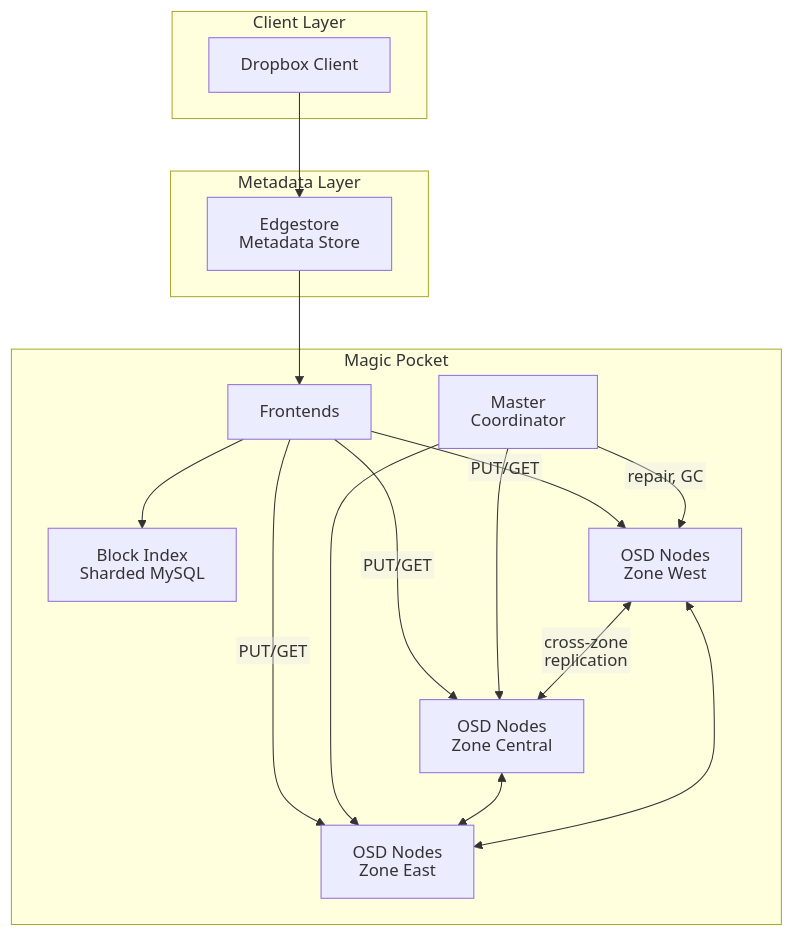
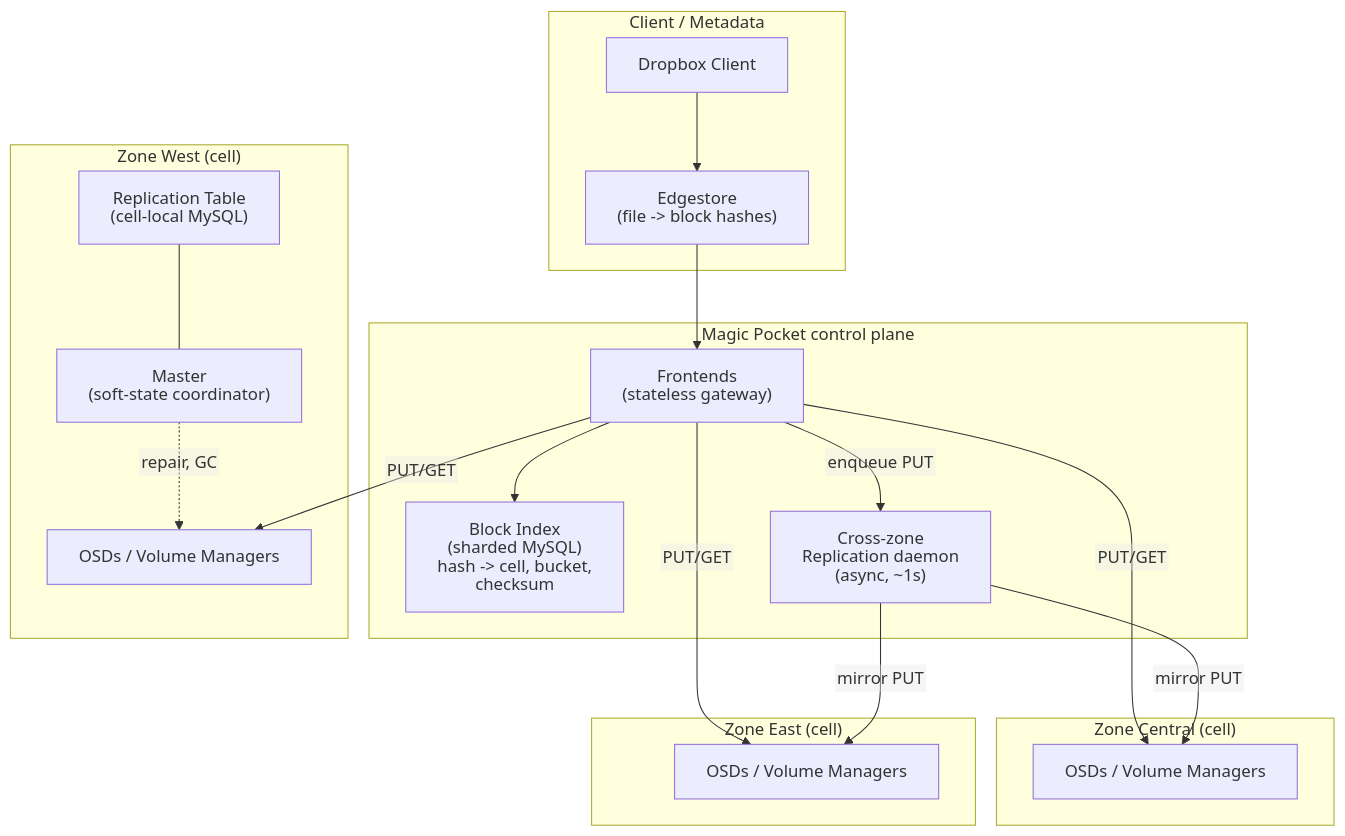
One commit to sujeet-pro/sujeet.pro changed the diagram in content/articles/dropbox-magic-pocket/diagrams/magic-pocket-s-core-architecture-clients-interact-with-edgestore-for-metadata-wh.mermaid. Above: the diagram before and after it, drawn with Mermaid. The commit also changed 4067 other files, not shown here.

```diff
--- a/content/articles/dropbox-magic-pocket/diagrams/magic-pocket-s-core-architecture-clients-interact-with-edgestore-for-metadata-wh.mermaid
+++ b/content/articles/dropbox-magic-pocket/diagrams/magic-pocket-s-core-architecture-clients-interact-with-edgestore-for-metadata-wh.mermaid
@@ -1,27 +1,36 @@
-%% Diagram: Magic Pocket S Core Architecture Clients Interact With Edgestore For Metadata Wh
+%% Diagram: Magic Pocket core architecture
 %% Type: flowchart
 %%{init: {'htmlLabels': false}}%%
 flowchart TD
-    subgraph "Client Layer"
-        C[Dropbox Client]
+    subgraph "Client / Metadata"
+        C["Dropbox Client"] --> ES["Edgestore<br/>(file -> block hashes)"]
     end
 
-    subgraph "Metadata Layer"
-        ES[Edgestore<br/>Metadata Store]
+    subgraph "Magic Pocket control plane"
+        FE["Frontends<br/>(stateless gateway)"]
+        BI["Block Index<br/>(sharded MySQL)<br/>hash -> cell, bucket, checksum"]
+        CZ["Cross-zone<br/>Replication daemon<br/>(async, ~1s)"]
+        FE --> BI
+        FE -- "enqueue PUT" --> CZ
     end
 
-    subgraph "Magic Pocket"
-        FE[Frontends] --> BI[Block Index<br/>Sharded MySQL]
-        FE --> |"PUT/GET"| OSD1[OSD Nodes<br/>Zone West]
-        FE --> |"PUT/GET"| OSD2[OSD Nodes<br/>Zone Central]
-        FE --> |"PUT/GET"| OSD3[OSD Nodes<br/>Zone East]
-        M[Master<br/>Coordinator] --> |"repair, GC"| OSD1
-        M --> OSD2
-        M --> OSD3
-        OSD1 <--> |"cross-zone<br/>replication"| OSD2
-        OSD2 <--> OSD3
-        OSD1 <--> OSD3
+    subgraph "Zone West (cell)"
+        M1["Master<br/>(soft-state coordinator)"]
+        RT1["Replication Table<br/>(cell-local MySQL)"]
+        OSD1["OSDs / Volume Managers"]
+        M1 -. "repair, GC" .-> OSD1
+        RT1 --- M1
+    end
+    subgraph "Zone Central (cell)"
+        OSD2["OSDs / Volume Managers"]
+    end
+    subgraph "Zone East (cell)"
+        OSD3["OSDs / Volume Managers"]
     end
 
-    C --> ES
     ES --> FE
+    FE -- "PUT/GET" --> OSD1
+    FE -- "PUT/GET" --> OSD2
+    FE -- "PUT/GET" --> OSD3
+    CZ -- "mirror PUT" --> OSD2
+    CZ -- "mirror PUT" --> OSD3
```
